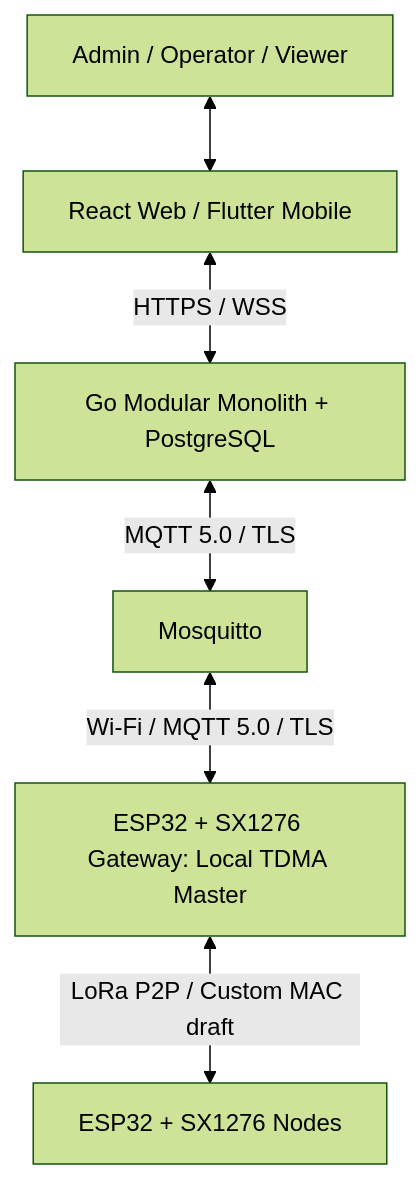
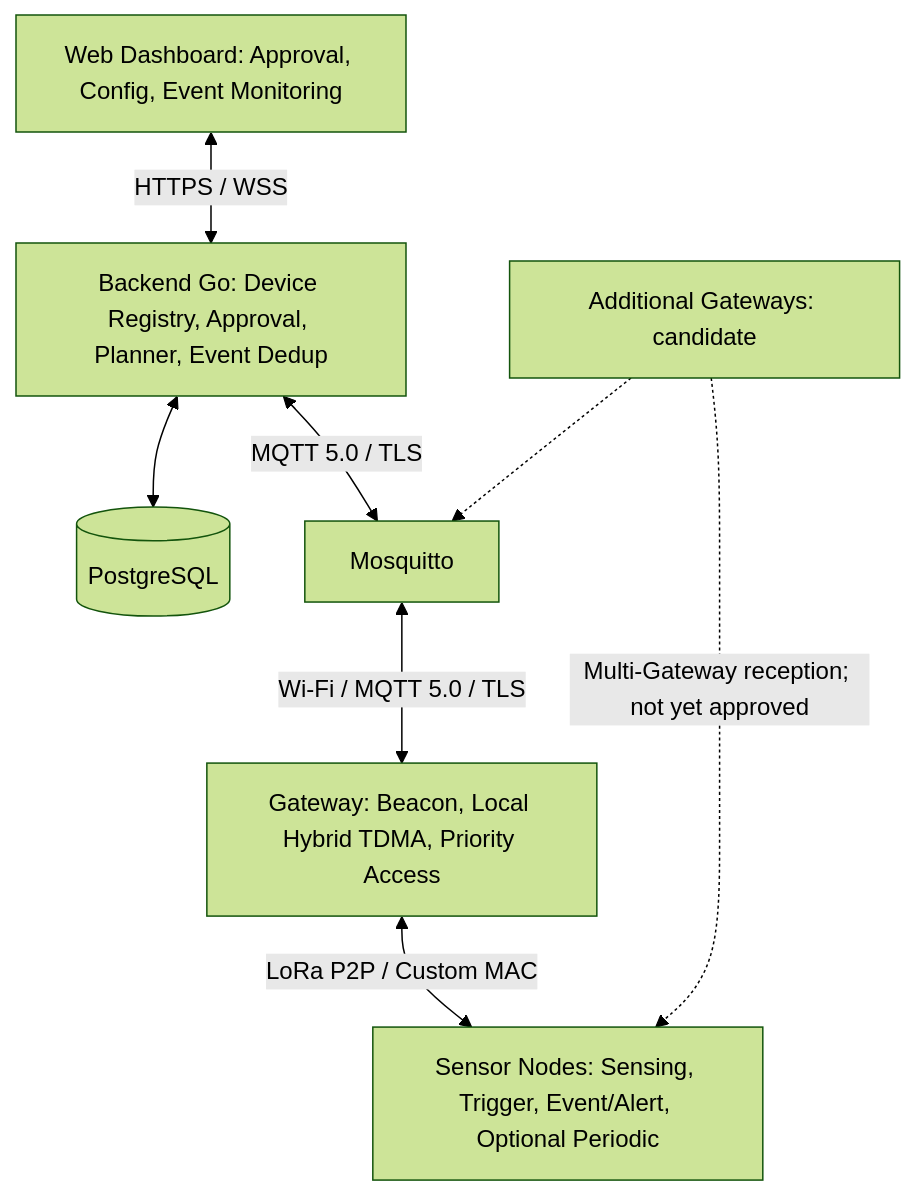
One commit to khanhpn308/LoRa-P2P-Hybrid-TDMA-MVP changed the diagram in docs/architecture/system-overview.md. Above: the diagram before and after it, drawn with Mermaid (forest theme). The commit also changed other lines of this file, not shown here.

Commit message:
docs(architecture): reflect event-driven system flows and optional periodic reporting

````diff
--- a/docs/architecture/system-overview.md
+++ b/docs/architecture/system-overview.md
@@ -9,8 +9,10 @@
 ```mermaid
 flowchart TB
-  USERS[Admin / Operator / Viewer] <--> CLIENTS[React Web / Flutter Mobile]
-  CLIENTS <-->|HTTPS / WSS| GO[Go Modular Monolith + PostgreSQL]
-  GO <-->|MQTT 5.0 / TLS| BROKER[Mosquitto]
-  BROKER <-->|Wi-Fi / MQTT 5.0 / TLS| GW[ESP32 + SX1276 Gateway: Local TDMA Master]
-  GW <-->|LoRa P2P / Custom MAC draft| NODES[ESP32 + SX1276 Nodes]
+    WEB["Web Dashboard: Approval, Config, Event Monitoring"] <--> |"HTTPS / WSS"| GO["Backend Go: Device Registry, Approval, Planner, Event Dedup"]
+    GO <--> DB[("PostgreSQL")]
+    GO <--> |"MQTT 5.0 / TLS"| MQ["Mosquitto"]
+    MQ <--> |"Wi-Fi / MQTT 5.0 / TLS"| GW["Gateway: Beacon, Local Hybrid TDMA, Priority Access"]
+    GW <--> |"LoRa P2P / Custom MAC"| NODE["Sensor Nodes: Sensing, Trigger, Event/Alert, Optional Periodic"]
+    GW2["Additional Gateways: candidate"] -.-> |"Multi-Gateway reception; not yet approved"| NODE
+    GW2 -.-> MQ
 ```
````
